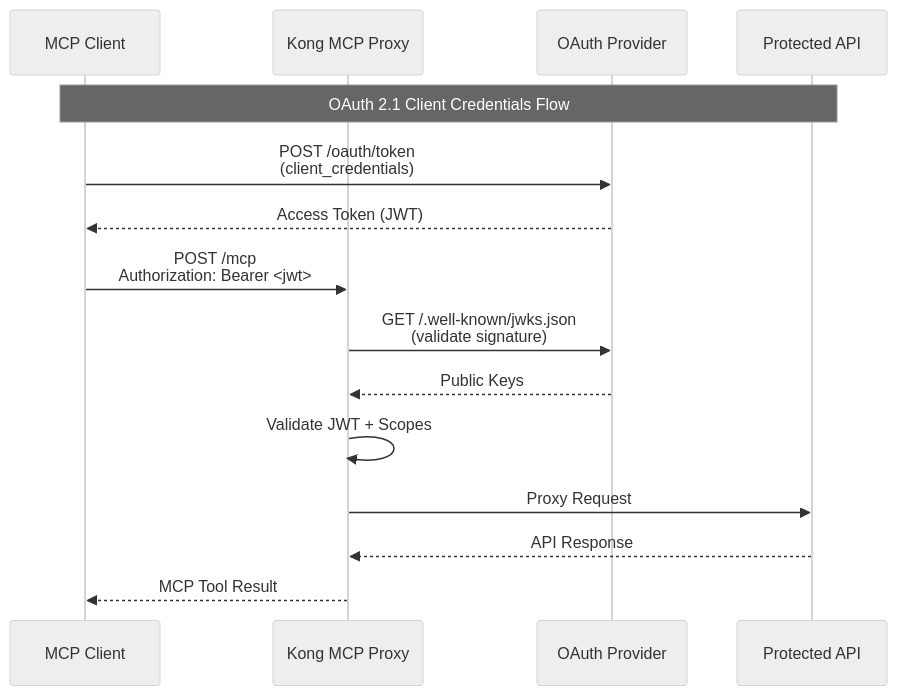
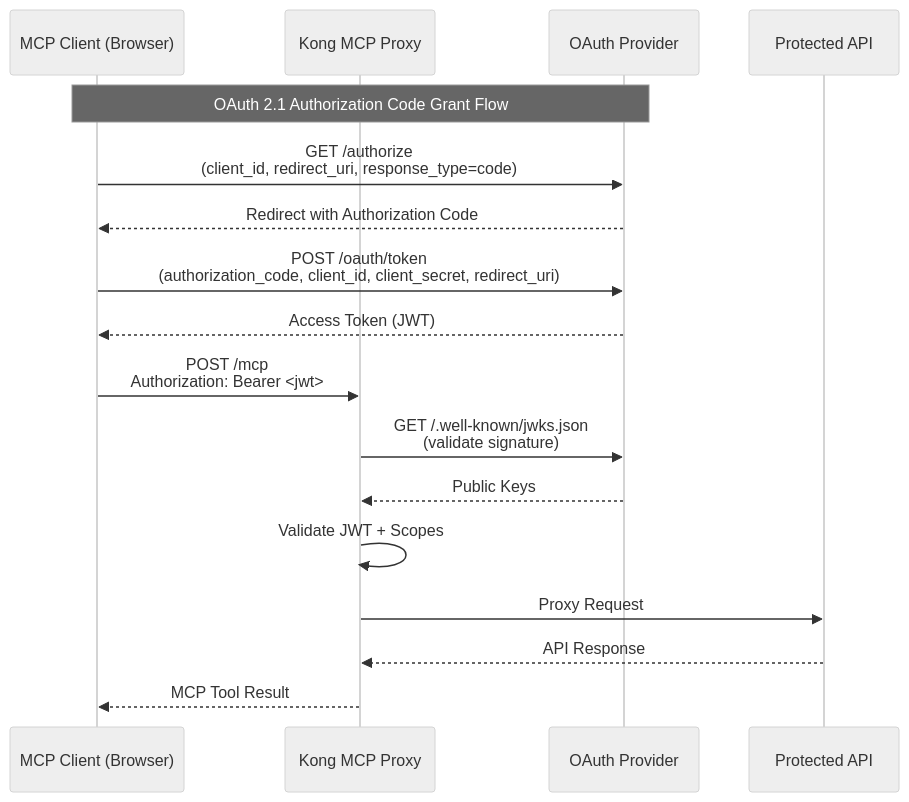
One commit to kaheidt/kong-mcp-proxy-hackathon changed the fourth of 4 diagrams in README.md. Above: the diagram before and after it, drawn with Mermaid (neutral theme). The commit also changed other lines of this file, not shown here.

````diff
--- a/README.md
+++ b/README.md
@@ -184,20 +191,23 @@
 ```mermaid
 sequenceDiagram
-    participant Client as MCP Client
-    participant Kong as Kong MCP Proxy  
+    participant Client as MCP Client (Browser)
+    participant Kong as Kong MCP Proxy
     participant Auth0 as OAuth Provider
     participant API as Protected API
 
-    Note over Client,API: OAuth 2.1 Client Credentials Flow
-    
-    Client->>Auth0: POST /oauth/token<br/>(client_credentials)
+    Note over Client,Auth0: OAuth 2.1 Authorization Code Grant Flow
+
+    Client->>Auth0: GET /authorize<br/>(client_id, redirect_uri, response_type=code)
+    Auth0-->>Client: Redirect with Authorization Code
+
+    Client->>Auth0: POST /oauth/token<br/>(authorization_code, client_id, client_secret, redirect_uri)
     Auth0-->>Client: Access Token (JWT)
-    
+
     Client->>Kong: POST /mcp<br/>Authorization: Bearer <jwt>
     Kong->>Auth0: GET /.well-known/jwks.json<br/>(validate signature)
     Auth0-->>Kong: Public Keys
     Kong->>Kong: Validate JWT + Scopes
     Kong->>API: Proxy Request
     API-->>Kong: API Response
-    Kong-->>Client: MCP Tool Result
+    Kong-->>Client: MCP Tool Result 
 ```
````
